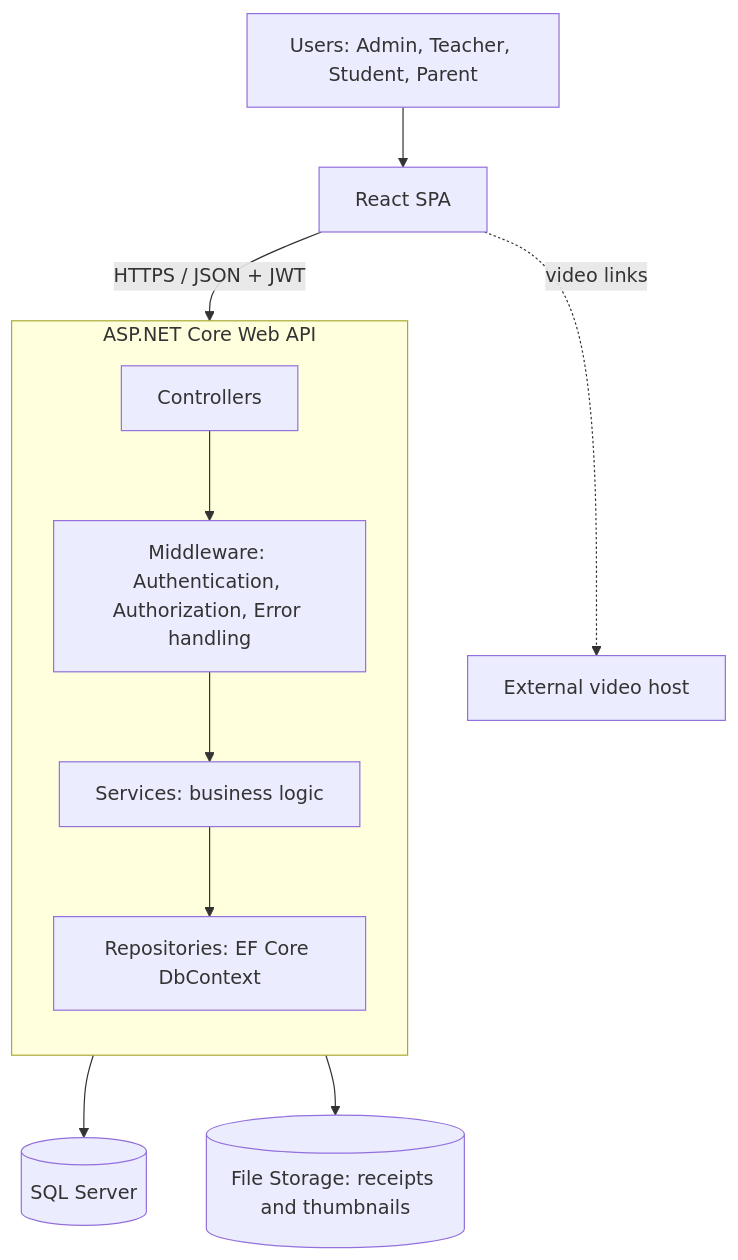
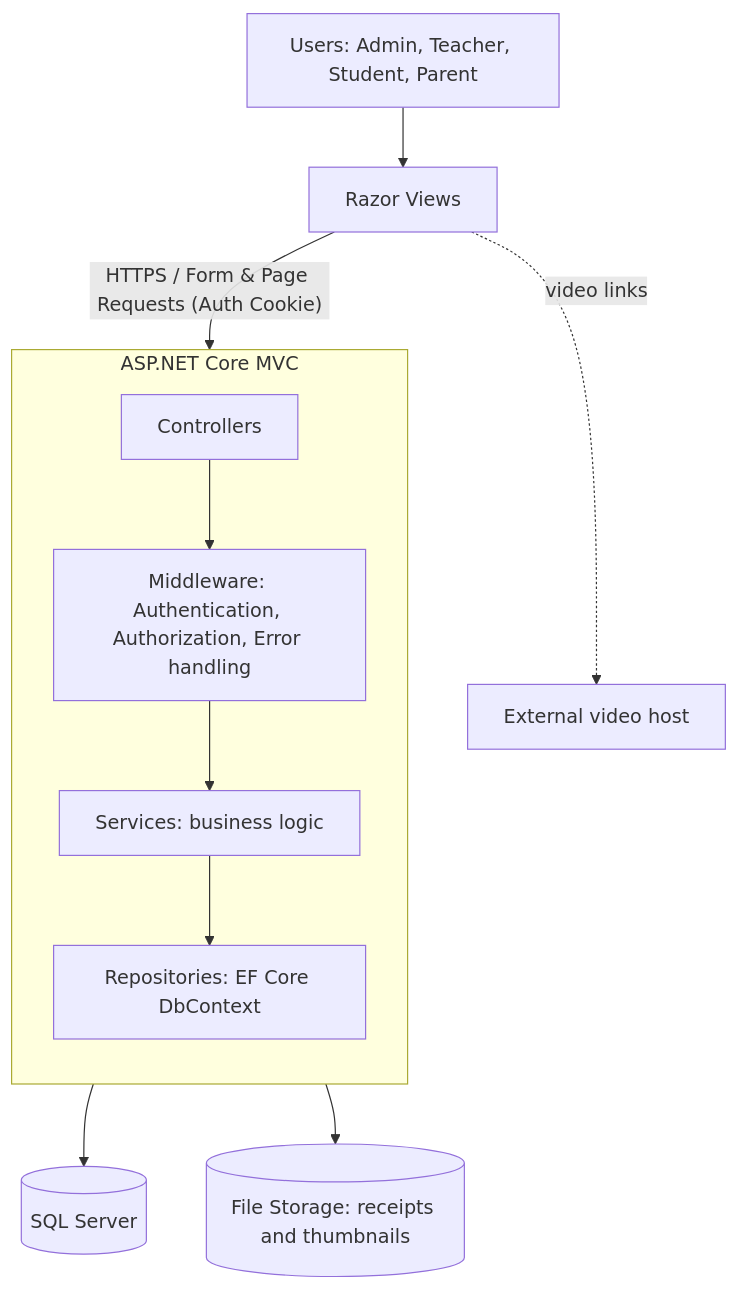
The diagram in docs/System-Analysis-Design/04-software-architecture.md (MohamedHany1n/Educational-Platform), drawn with Mermaid before and after one commit. The commit also changed other lines of this file and 217 other files, not shown here.

Commit message:
chore: migrate project structure and docs from Web API to ASP.NET Core MVC

````diff
--- a/docs/System-Analysis-Design/04-software-architecture.md
+++ b/docs/System-Analysis-Design/04-software-architecture.md
@@ -13,18 +13,18 @@
 ```mermaid
 flowchart TB
-    U["Users: Admin, Teacher, Student, Parent"] --> FE["React SPA"]
-    FE -- "HTTPS / JSON + JWT" --> API
+    U["Users: Admin, Teacher, Student, Parent"] --> FE["Razor Views"]
+    FE -- "HTTPS / Form & Page Requests (Auth Cookie)" --> API
 
-    subgraph BE["ASP.NET Core Web API"]
+    subgraph BE["ASP.NET Core MVC"]
         direction TB
         API["Controllers"]
         MW["Middleware: Authentication, Authorization, Error handling"]
         SV["Services: business logic"]
         RP["Repositories: EF Core DbContext"]
         API --> MW --> SV --> RP
     end
 
     RP --> DB[("SQL Server")]
     SV --> FS[("File Storage: receipts and thumbnails")]
     FE -. "video links" .-> VID["External video host"]
 ```
````
